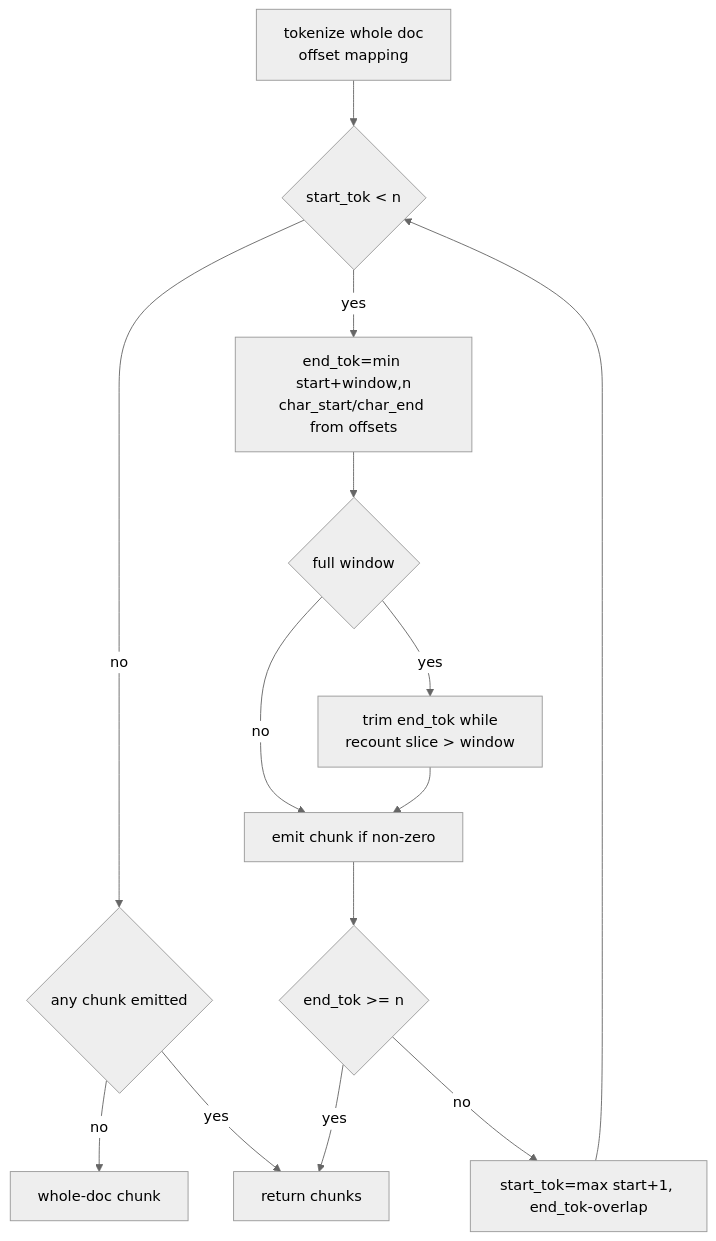
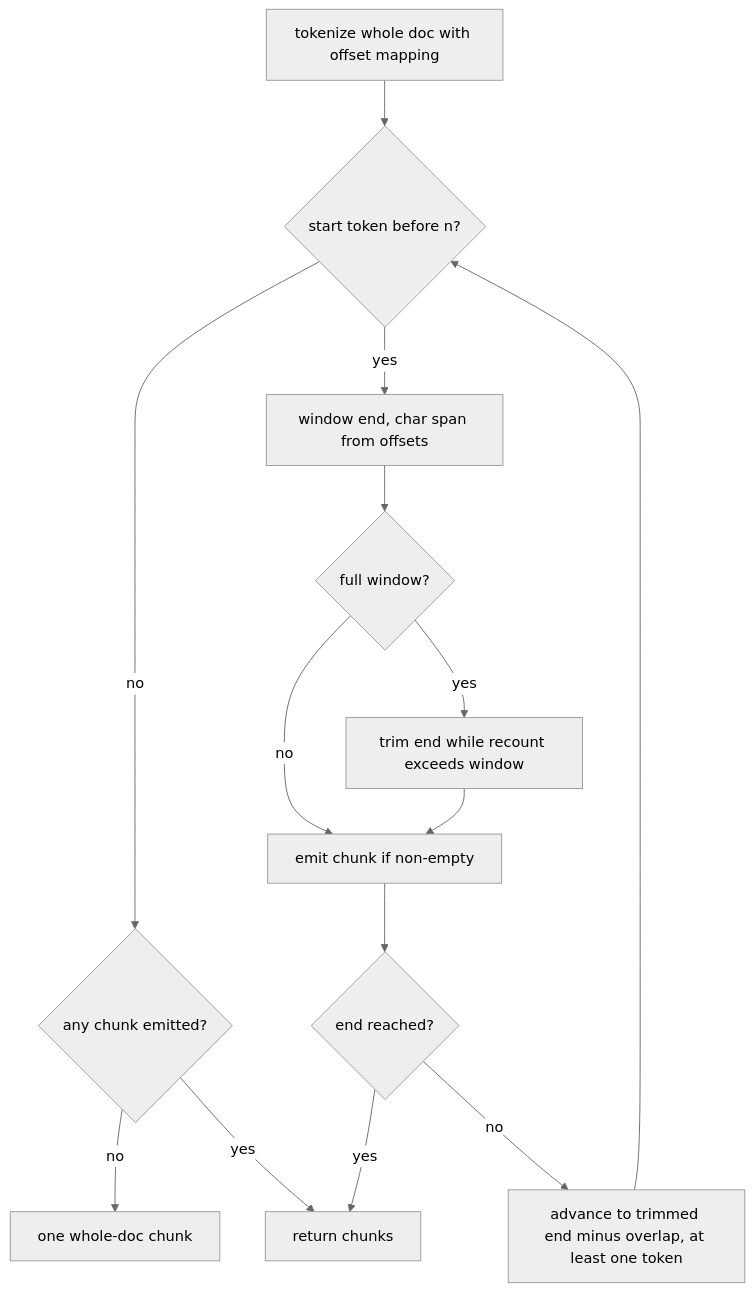
Diagram 11 of 45 in docs/ARCHITECTURE-DEEP-DIVE.md (wilke/ragstack), drawn with Mermaid (neutral theme) before and after one commit. The commit also changed other lines of this file and 2 other files, not shown here.

First line of the commit message:
docs: rewrite the architecture deep-dive against main 22b44be (#631)

````diff
--- a/docs/ARCHITECTURE-DEEP-DIVE.md
+++ b/docs/ARCHITECTURE-DEEP-DIVE.md
@@ -284,16 +634,16 @@
 ```mermaid
 flowchart TD
-  A[tokenize whole doc<br/>offset mapping] --> B{start_tok < n}
-  B -- no --> Y{any chunk emitted}
-  Y -- no --> Z2[whole-doc chunk]
-  Y -- yes --> Z[return chunks]
-  B -- yes --> C[end_tok=min start+window,n<br/>char_start/char_end from offsets]
-  C --> D{full window}
-  D -- yes --> E[trim end_tok while<br/>recount slice > window]
-  D -- no --> F[emit chunk if non-zero]
-  E --> F
-  F --> G{end_tok >= n}
-  G -- yes --> Z
-  G -- no --> H[start_tok=max start+1, end_tok-overlap]
-  H --> B
+    A["tokenize whole doc with offset mapping"] --> B{"start token before n?"}
+    B -- "no" --> Y{"any chunk emitted?"}
+    Y -- "no" --> W["one whole-doc chunk"]
+    Y -- "yes" --> Z["return chunks"]
+    B -- "yes" --> C["window end, char span from offsets"]
+    C --> D{"full window?"}
+    D -- "yes" --> E["trim end while recount exceeds window"]
+    D -- "no" --> F["emit chunk if non-empty"]
+    E --> F
+    F --> G{"end reached?"}
+    G -- "yes" --> Z
+    G -- "no" --> H["advance to trimmed end minus overlap, at least one token"]
+    H --> B
 ```
````
